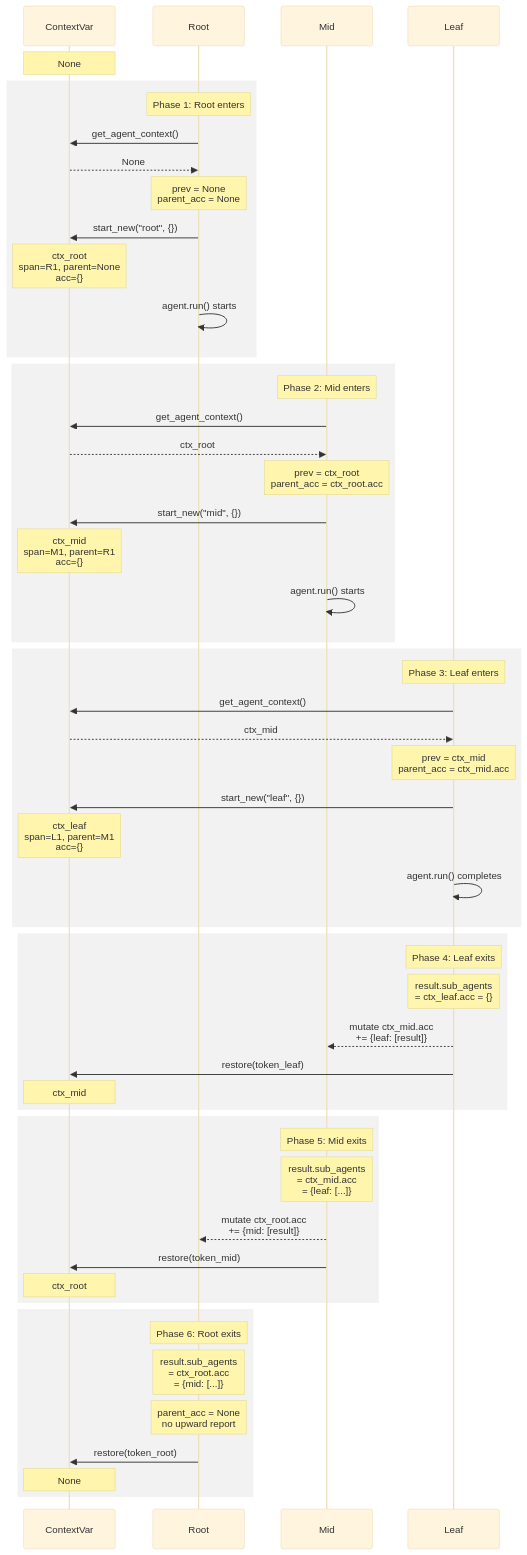
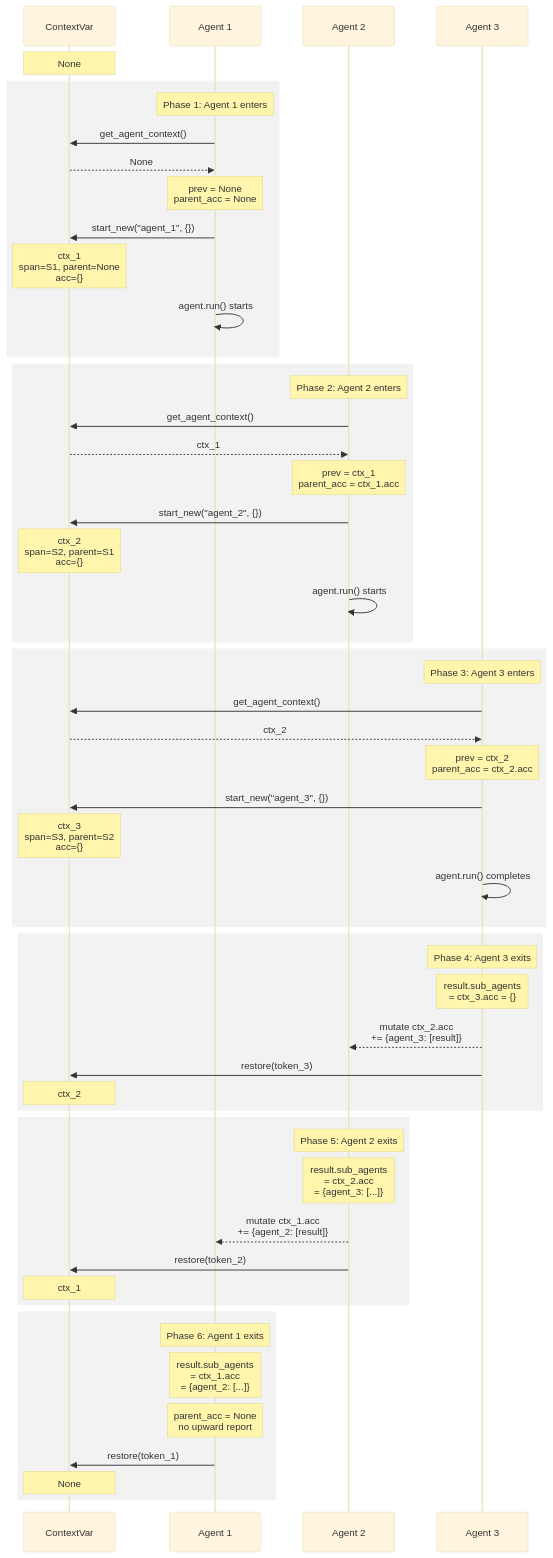
Before and after one commit to HackNSnack/personal-nanoclaw: the diagram in Clients/Ardoq/AgentNotes/Reference/AgentContext Lifecycle in run_completion.md, drawn with Mermaid (base theme). The commit also changed other lines of this file and 1 other file, not shown here.

Commit message:
vault backup: 2026-03-27 07:46:22

````diff
--- a/Clients/Ardoq/AgentNotes/Reference/AgentContext Lifecycle in run_completion.md
+++ b/Clients/Ardoq/AgentNotes/Reference/AgentContext Lifecycle in run_completion.md
@@ -23,63 +23,63 @@
 ```mermaid
 sequenceDiagram
     participant CV as ContextVar
-    participant R as Root
-    participant M as Mid
-    participant L as Leaf
+    participant A1 as Agent 1
+    participant A2 as Agent 2
+    participant A3 as Agent 3
 
     Note over CV: None
 
     rect rgba(0,0,0,0.05)
-        Note over R: Phase 1: Root enters
-        R->>CV: get_agent_context()
-        CV-->>R: None
-        Note over R: prev = None<br/>parent_acc = None
-        R->>CV: start_new("root", {})
-        Note over CV: ctx_root<br/>span=R1, parent=None<br/>acc={}
-        R->>R: agent.run() starts
+        Note over A1: Phase 1: Agent 1 enters
+        A1->>CV: get_agent_context()
+        CV-->>A1: None
+        Note over A1: prev = None<br/>parent_acc = None
+        A1->>CV: start_new("agent_1", {})
+        Note over CV: ctx_1<br/>span=S1, parent=None<br/>acc={}
+        A1->>A1: agent.run() starts
     end
 
     rect rgba(0,0,0,0.05)
-        Note over M: Phase 2: Mid enters
-        M->>CV: get_agent_context()
-        CV-->>M: ctx_root
-        Note over M: prev = ctx_root<br/>parent_acc = ctx_root.acc
-        M->>CV: start_new("mid", {})
-        Note over CV: ctx_mid<br/>span=M1, parent=R1<br/>acc={}
-        M->>M: agent.run() starts
+        Note over A2: Phase 2: Agent 2 enters
+        A2->>CV: get_agent_context()
+        CV-->>A2: ctx_1
+        Note over A2: prev = ctx_1<br/>parent_acc = ctx_1.acc
+        A2->>CV: start_new("agent_2", {})
+        Note over CV: ctx_2<br/>span=S2, parent=S1<br/>acc={}
+        A2->>A2: agent.run() starts
     end
 
     rect rgba(0,0,0,0.05)
-        Note over L: Phase 3: Leaf enters
-        L->>CV: get_agent_context()
-        CV-->>L: ctx_mid
-        Note over L: prev = ctx_mid<br/>parent_acc = ctx_mid.acc
-        L->>CV: start_new("leaf", {})
-        Note over CV: ctx_leaf<br/>span=L1, parent=M1<br/>acc={}
-        L->>L: agent.run() completes
+        Note over A3: Phase 3: Agent 3 enters
+        A3->>CV: get_agent_context()
+        CV-->>A3: ctx_2
+        Note over A3: prev = ctx_2<br/>parent_acc = ctx_2.acc
+        A3->>CV: start_new("agent_3", {})
+        Note over CV: ctx_3<br/>span=S3, parent=S2<br/>acc={}
+        A3->>A3: agent.run() completes
     end
 
     rect rgba(0,0,0,0.05)
-        Note over L: Phase 4: Leaf exits
-        Note over L: result.sub_agents<br/>= ctx_leaf.acc = {}
-        L-->>M: mutate ctx_mid.acc<br/>+= {leaf: [result]}
-        L->>CV: restore(token_leaf)
-        Note over CV: ctx_mid
+        Note over A3: Phase 4: Agent 3 exits
+        Note over A3: result.sub_agents<br/>= ctx_3.acc = {}
+        A3-->>A2: mutate ctx_2.acc<br/>+= {agent_3: [result]}
+        A3->>CV: restore(token_3)
+        Note over CV: ctx_2
     end
 
     rect rgba(0,0,0,0.05)
-        Note over M: Phase 5: Mid exits
-        Note over M: result.sub_agents<br/>= ctx_mid.acc<br/>= {leaf: [...]}
-        M-->>R: mutate ctx_root.acc<br/>+= {mid: [result]}
-        M->>CV: restore(token_mid)
-        Note over CV: ctx_root
+        Note over A2: Phase 5: Agent 2 exits
+        Note over A2: result.sub_agents<br/>= ctx_2.acc<br/>= {agent_3: [...]}
+        A2-->>A1: mutate ctx_1.acc<br/>+= {agent_2: [result]}
+        A2->>CV: restore(token_2)
+        Note over CV: ctx_1
     end
 
     rect rgba(0,0,0,0.05)
-        Note over R: Phase 6: Root exits
-        Note over R: result.sub_agents<br/>= ctx_root.acc<br/>= {mid: [...]}
-        Note over R: parent_acc = None<br/>no upward report
-        R->>CV: restore(token_root)
+        Note over A1: Phase 6: Agent 1 exits
+        Note over A1: result.sub_agents<br/>= ctx_1.acc<br/>= {agent_2: [...]}
+        Note over A1: parent_acc = None<br/>no upward report
+        A1->>CV: restore(token_1)
         Note over CV: None
     end
 ```
````
